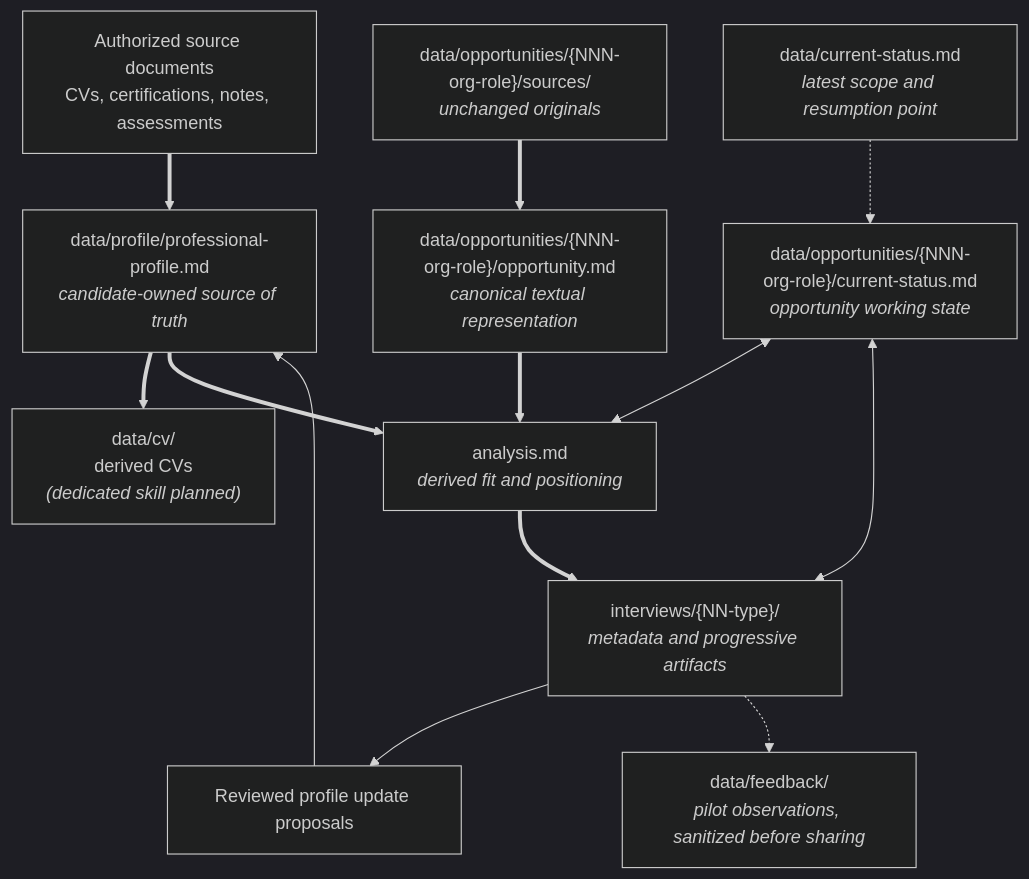
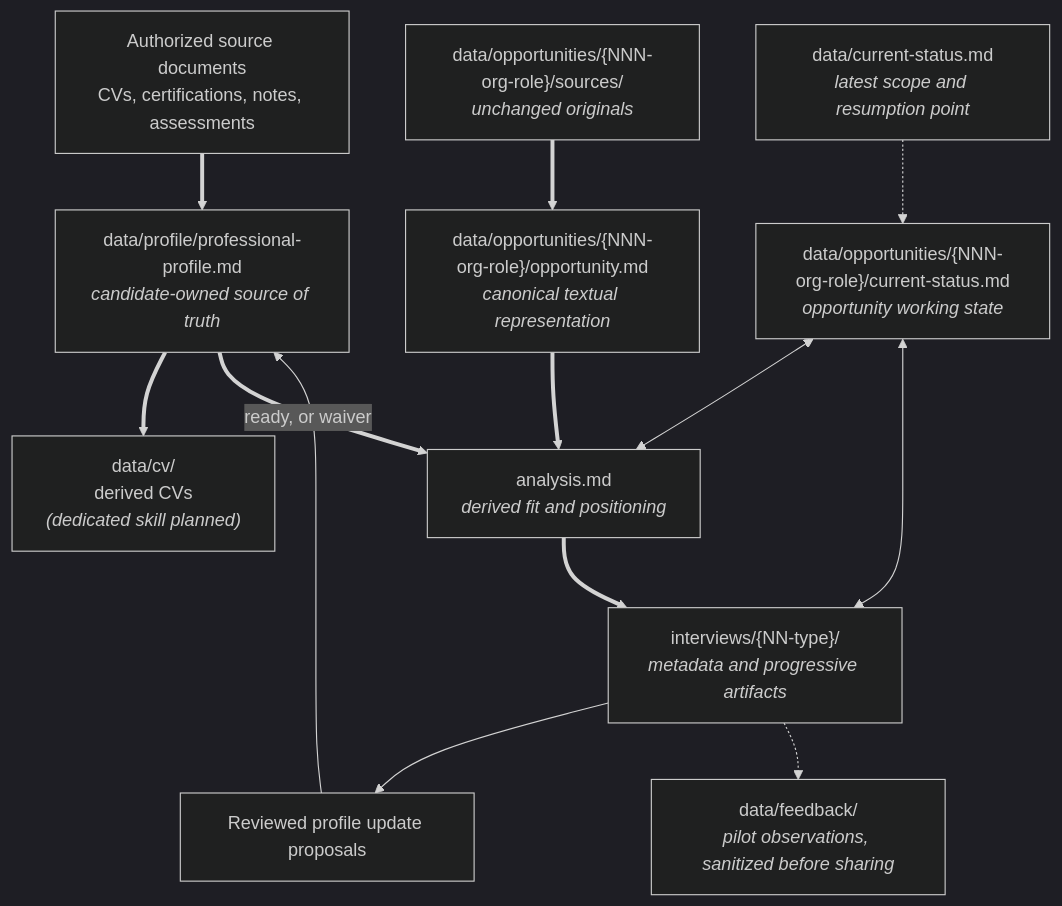
One commit to JeromeJ77/career-ai-toolkit changed the second of 2 diagrams in docs/architecture.md. Above: the diagram before and after it, drawn with Mermaid (dark theme). The commit also changed 18 other files, not shown here.

````diff
--- a/docs/architecture.md
+++ b/docs/architecture.md
@@ -140,27 +140,27 @@
 ```mermaid
 flowchart TD
     sources["Authorized source documents<br/>CVs, certifications, notes, assessments"]
     profile["data/profile/professional-profile.md<br/><i>candidate-owned source of truth</i>"]
     workspaceStatus["data/current-status.md<br/><i>latest scope and resumption point</i>"]
     cv["data/cv/<br/>derived CVs<br/><i>(dedicated skill planned)</i>"]
     opportunitySource["data/opportunities/{NNN-org-role}/opportunity.md<br/><i>canonical textual representation</i>"]
     opportunityOriginals["data/opportunities/{NNN-org-role}/sources/<br/><i>unchanged originals</i>"]
     opportunityWork["analysis.md<br/><i>derived fit and positioning</i>"]
     opportunityStatus["data/opportunities/{NNN-org-role}/current-status.md<br/><i>opportunity working state</i>"]
     interview["interviews/{NN-type}/<br/><i>metadata and progressive artifacts</i>"]
     updates["Reviewed profile update proposals"]
     feedback["data/feedback/<br/><i>pilot observations, sanitized before sharing</i>"]
 
     sources ==> profile
     profile ==> cv
     opportunityOriginals ==> opportunitySource
-    profile ==> opportunityWork
+    profile ==>|ready, or waiver| opportunityWork
     opportunitySource ==> opportunityWork
     workspaceStatus -.-> opportunityStatus
     opportunityStatus <--> opportunityWork
     opportunityWork ==> interview
     opportunityStatus <--> interview
     interview --> updates
     updates --> profile
     interview -.-> feedback
 ```
````
